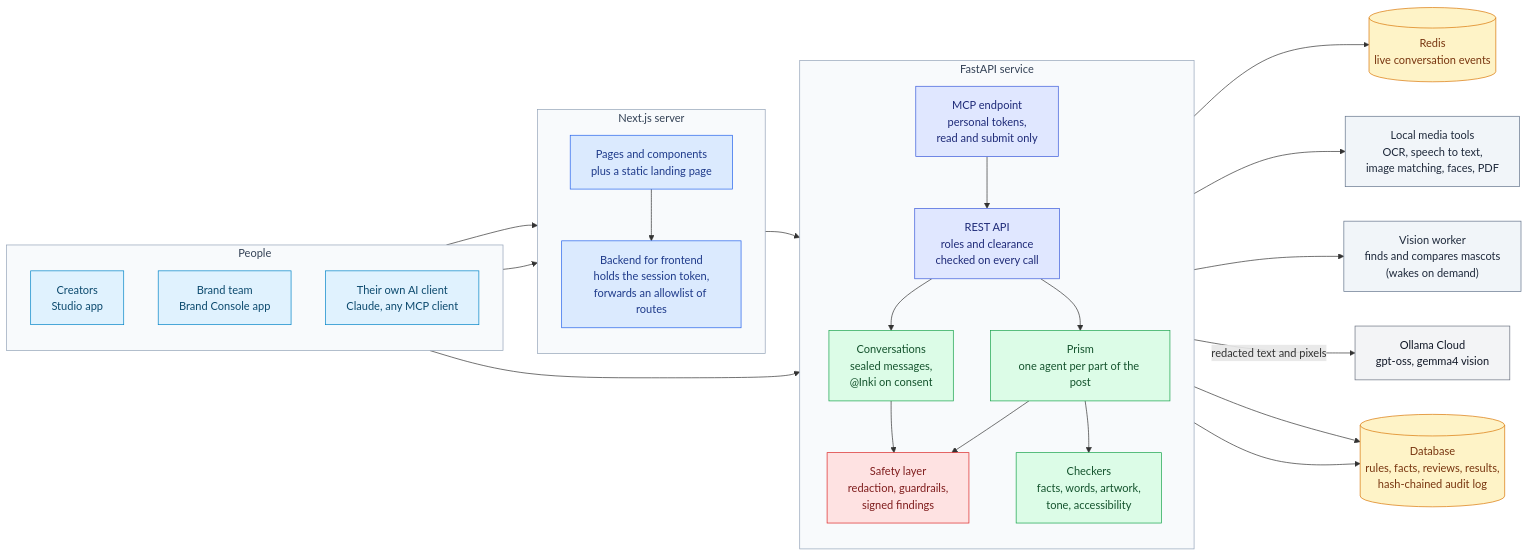
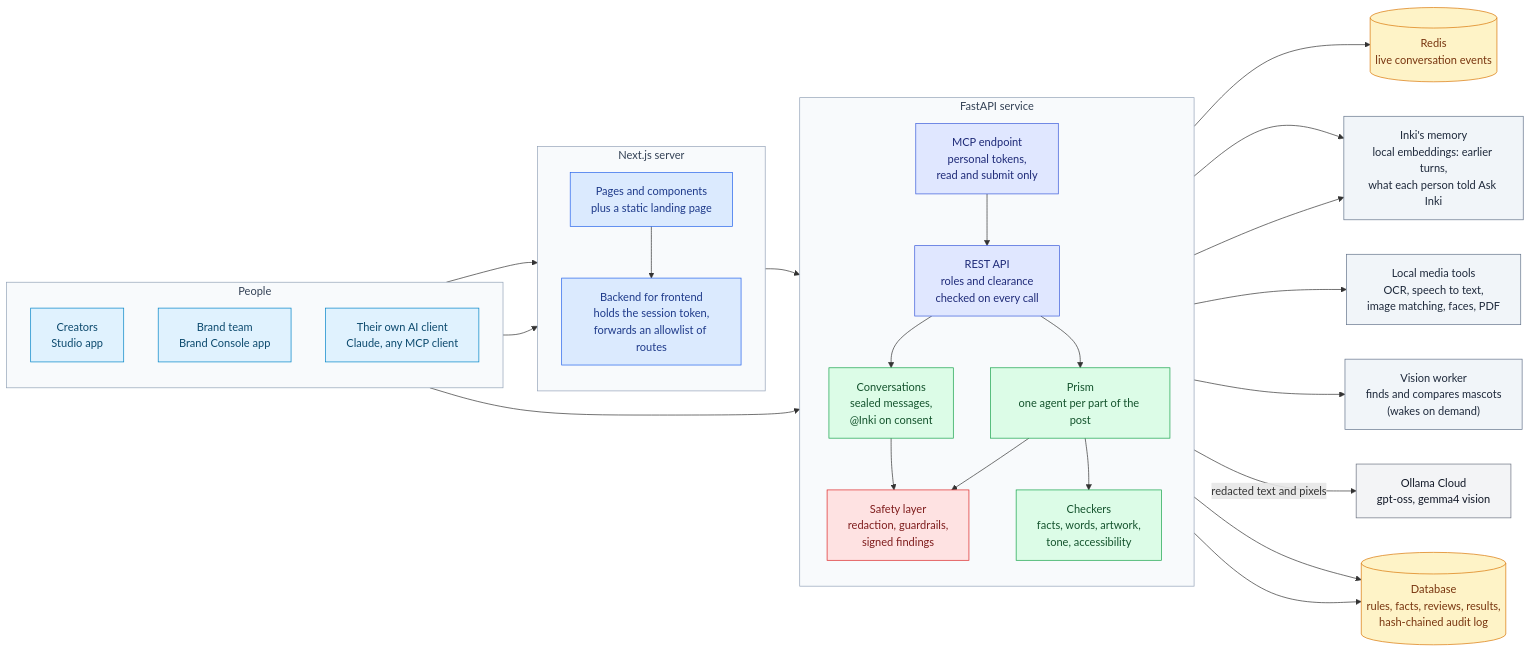
Before and after one commit to varadarajjborkar/verytas: the second of 3 diagrams in README.md, drawn with Mermaid. The commit also changed other lines of this file and 10 other files, not shown here.

First line of the commit message:
docs: Inki's memory, the stack as built, and today's screens

````diff
--- a/README.md
+++ b/README.md
@@ -92,53 +93,56 @@
 ```mermaid
 flowchart LR
     subgraph People
         direction TB
         CR["Creators<br/>Studio app"]:::client
         BT["Brand team<br/>Brand Console app"]:::client
         AI["Their own AI client<br/>Claude, any MCP client"]:::client
     end
 
     subgraph Web["Next.js server"]
         direction TB
         UI["Pages and components<br/>plus a static landing page"]:::web
         BFF["Backend for frontend<br/>holds the session token,<br/>forwards an allowlist of routes"]:::web
     end
 
     subgraph Backend["FastAPI service"]
         direction TB
         API["REST API<br/>roles and clearance<br/>checked on every call"]:::api
         PRISM["Prism<br/>one agent per part of the post"]:::core
         CHECKS["Checkers<br/>facts, words, artwork,<br/>tone, accessibility"]:::core
         GUARD["Safety layer<br/>redaction, guardrails,<br/>signed findings"]:::sec
         CONV["Conversations<br/>sealed messages,<br/>@Inki on consent"]:::core
         MCP["MCP endpoint<br/>personal tokens,<br/>read and submit only"]:::api
     end
 
+    MEM["Inki's memory<br/>local embeddings: earlier turns,<br/>what each person told Ask Inki"]:::local
+
     LOCAL["Local media tools<br/>OCR, speech to text,<br/>image matching, faces, PDF"]:::local
     VISION["Vision worker<br/>finds and compares mascots<br/>(wakes on demand)"]:::local
     MODELS["Ollama Cloud<br/>gpt-oss, gemma4 vision"]:::ext
     DB[("Database<br/>rules, facts, reviews, results,<br/>hash-chained audit log")]:::data
     REDIS[("Redis<br/>live conversation events")]:::data
 
     CR & BT --> UI --> BFF --> API --> PRISM
     AI --> MCP --> API
     API --> CONV --> REDIS
     CONV --> GUARD
+    API & CONV --> MEM
     PRISM --> CHECKS
     PRISM --> LOCAL
     PRISM --> VISION
     PRISM --> GUARD -- "redacted text and pixels" --> MODELS
     API & PRISM --> DB
 
     style People fill:#f8fafc,stroke:#94a3b8,color:#334155
     style Web fill:#f8fafc,stroke:#94a3b8,color:#334155
     style Backend fill:#f8fafc,stroke:#94a3b8,color:#334155
     classDef client fill:#e0f2fe,stroke:#0284c7,color:#0c4a6e
     classDef web fill:#dbeafe,stroke:#2563eb,color:#1e3a8a
     classDef api fill:#e0e7ff,stroke:#3b5bdb,color:#1e2a78
     classDef core fill:#dcfce7,stroke:#16a34a,color:#14532d
     classDef sec fill:#fee2e2,stroke:#dc2626,color:#7f1d1d
     classDef local fill:#f1f5f9,stroke:#64748b,color:#1e293b
     classDef ext fill:#f3f4f6,stroke:#6b7280,color:#111827
     classDef data fill:#fef3c7,stroke:#d97706,color:#78350f
 ```
````
